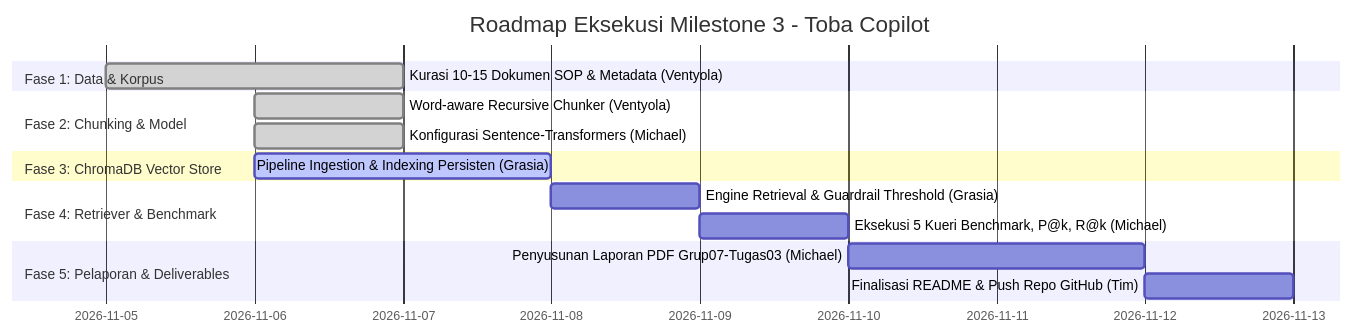
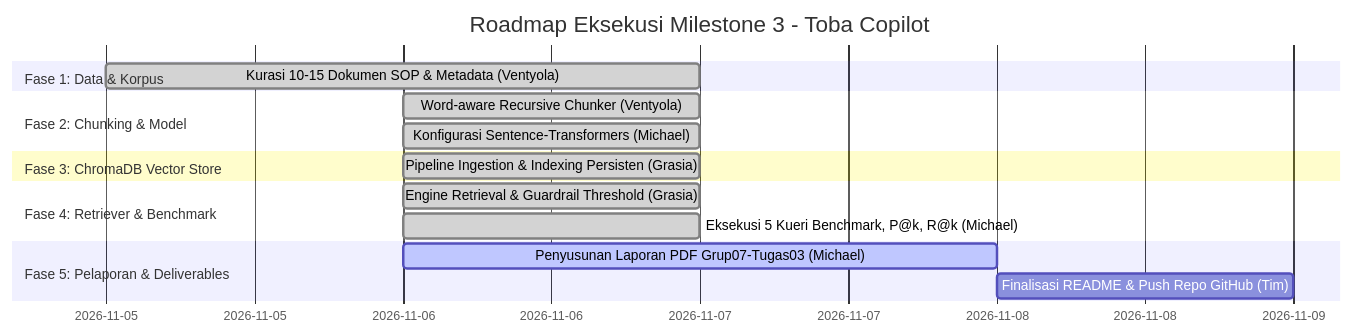
Before and after one commit to MichaelNasution/Enterprise-AI-Copilot: the first of 2 diagrams in docs/milestone3_plan.md, drawn with Mermaid. The commit also changed other lines of this file and 4 other files, not shown here.

````diff
--- a/docs/milestone3_plan.md
+++ b/docs/milestone3_plan.md
@@ -134,18 +141,18 @@
 ```mermaid
 gantt
     title Roadmap Eksekusi Milestone 3 - Toba Copilot
     dateFormat  YYYY-MM-DD
     section Fase 1: Data & Korpus
     Kurasi 10-15 Dokumen SOP & Metadata (Ventyola)    :done, f1, 2026-11-05, 2d
     section Fase 2: Chunking & Model
     Word-aware Recursive Chunker (Ventyola)           :done, f2a, 2026-11-06, 1d
     Konfigurasi Sentence-Transformers (Michael)       :done, f2b, 2026-11-06, 1d
     section Fase 3: ChromaDB Vector Store
-    Pipeline Ingestion & Indexing Persisten (Grasia)  :active, f3, 2026-11-06, 2d
+    Pipeline Ingestion & Indexing Persisten (Grasia)  :done, f3, 2026-11-06, 1d
     section Fase 4: Retriever & Benchmark
-    Engine Retrieval & Guardrail Threshold (Grasia)   :f4a, after f3, 1d
-    Eksekusi 5 Kueri Benchmark, P@k, R@k (Michael)    :f4b, after f4a, 1d
+    Engine Retrieval & Guardrail Threshold (Grasia)   :done, f4a, 2026-11-06, 1d
+    Eksekusi 5 Kueri Benchmark, P@k, R@k (Michael)    :done, f4b, 2026-11-06, 1d
     section Fase 5: Pelaporan & Deliverables
-    Penyusunan Laporan PDF Grup07-Tugas03 (Michael)   :f5a, after f4b, 2d
+    Penyusunan Laporan PDF Grup07-Tugas03 (Michael)   :active, f5a, 2026-11-06, 2d
     Finalisasi README & Push Repo GitHub (Tim)        :f5b, after f5a, 1d
 ```
````
